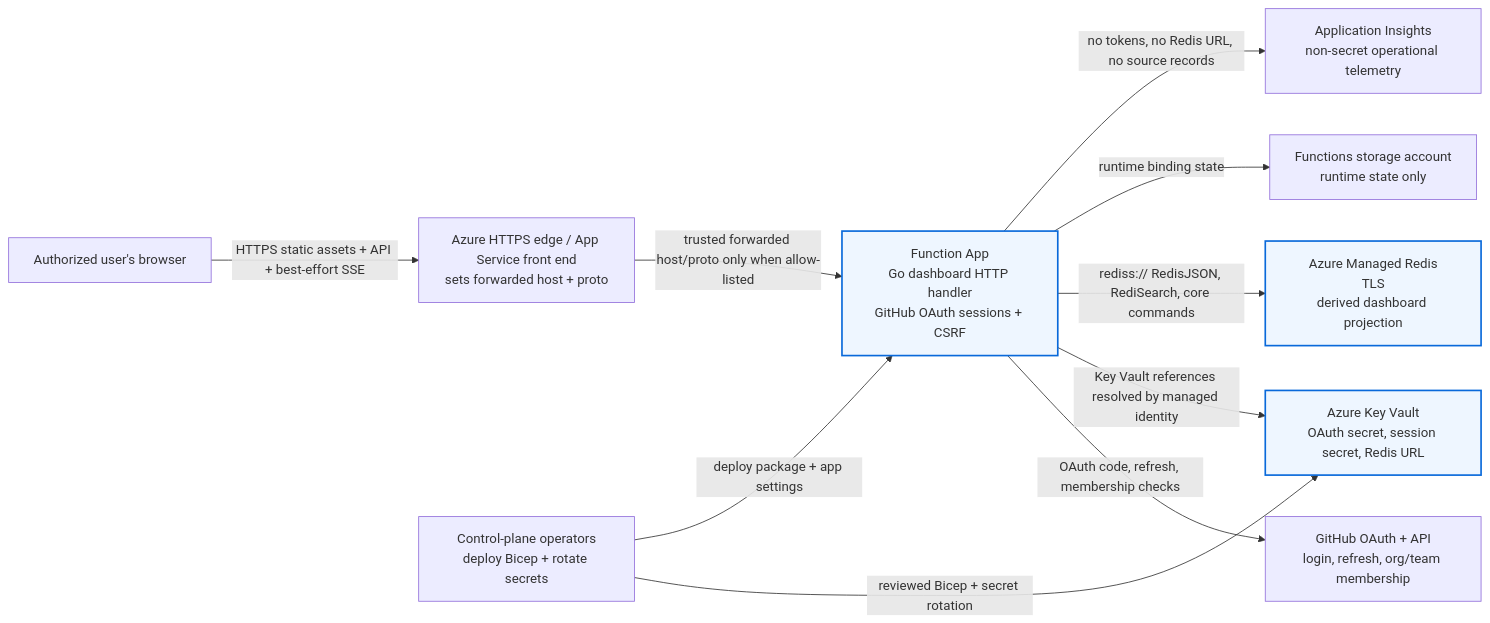
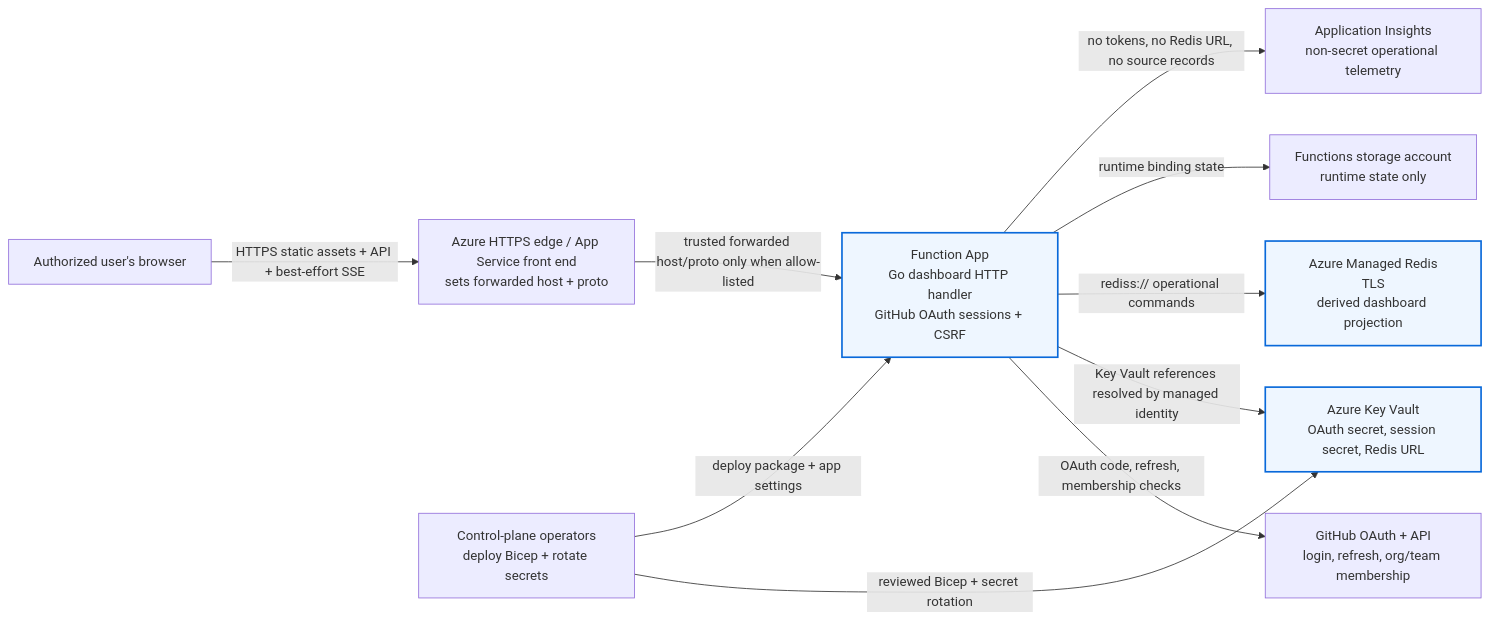
One commit to githubnext/gh-aw-cao changed the second of 2 diagrams in server/README.md. Above: the diagram before and after it, drawn with Mermaid. The commit also changed other lines of this file and 21 other files, not shown here.

````diff
--- a/server/README.md
+++ b/server/README.md
@@ -506,25 +500,25 @@
 ```mermaid
 flowchart LR
   Browser["Authorized user's browser"]
   Edge["Azure HTTPS edge / App Service front end<br/>sets forwarded host + proto"]
   Function["Function App<br/>Go dashboard HTTP handler<br/>GitHub OAuth sessions + CSRF"]
   GitHubOAuth["GitHub OAuth + API<br/>login, refresh, org/team membership"]
   KeyVault["Azure Key Vault<br/>OAuth secret, session secret, Redis URL"]
   Redis["Azure Managed Redis<br/>TLS<br/>derived dashboard projection"]
   Storage["Functions storage account<br/>runtime state only"]
   Insights["Application Insights<br/>non-secret operational telemetry"]
   Operators["Control-plane operators<br/>deploy Bicep + rotate secrets"]
 
   Browser -->|"HTTPS static assets + API + best-effort SSE"| Edge
   Edge -->|"trusted forwarded host/proto only when allow-listed"| Function
   Function -->|"OAuth code, refresh, membership checks"| GitHubOAuth
   Function -->|"Key Vault references resolved by managed identity"| KeyVault
-  Function -->|"rediss:// RedisJSON, RediSearch, core commands"| Redis
+  Function -->|"rediss:// operational commands"| Redis
   Function -->|"runtime binding state"| Storage
   Function -->|"no tokens, no Redis URL, no source records"| Insights
   Operators -->|"reviewed Bicep + secret rotation"| KeyVault
   Operators -->|"deploy package + app settings"| Function
 
   classDef boundary fill:#eef6ff,stroke:#0969da,stroke-width:2px;
   class Function,KeyVault,Redis boundary;
 ```
````
